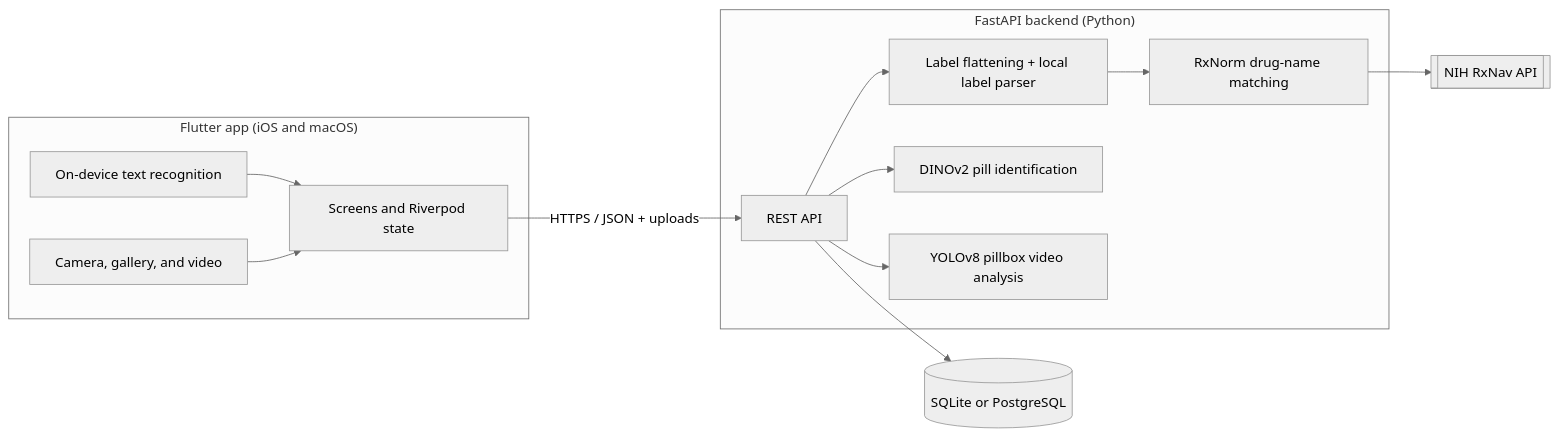
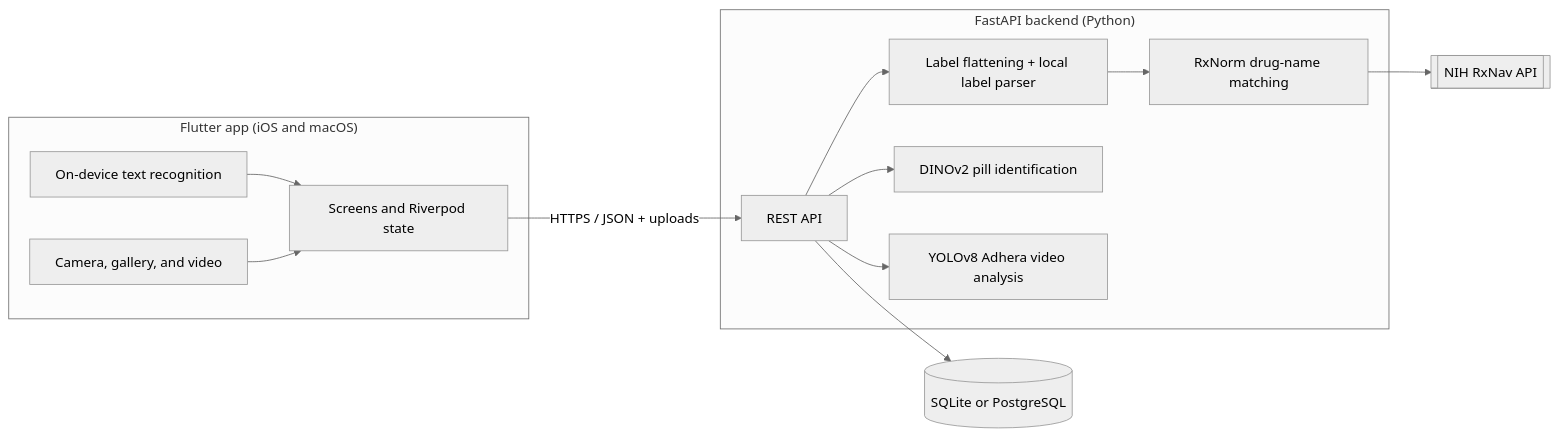
One commit to mattjunior039/Adhera changed the diagram in README.md. Above: the diagram before and after it, drawn with Mermaid (neutral theme). The commit also changed other lines of this file and 43 other files, not shown here.

Commit message:
Rename Pillbox references and paths to Adhera

````diff
--- a/README.md
+++ b/README.md
@@ -41,25 +41,25 @@
 ```mermaid
 flowchart LR
     subgraph Phone["Flutter app (iOS and macOS)"]
         UI[Screens and Riverpod state]
         MLKit[On-device text recognition]
         Cam[Camera, gallery, and video]
     end
     subgraph API["FastAPI backend (Python)"]
         Routers[REST API]
         OCR[Label flattening + local label parser]
         Rx[RxNorm drug-name matching]
         ID[DINOv2 pill identification]
-        Video[YOLOv8 pillbox video analysis]
+        Video[YOLOv8 Adhera video analysis]
     end
     DB[(SQLite or PostgreSQL)]
     RxNav[[NIH RxNav API]]
 
     UI -- HTTPS / JSON + uploads --> Routers
     MLKit --> UI
     Cam --> UI
     Routers --> DB
     Routers --> OCR --> Rx --> RxNav
     Routers --> ID
     Routers --> Video
 ```
````
